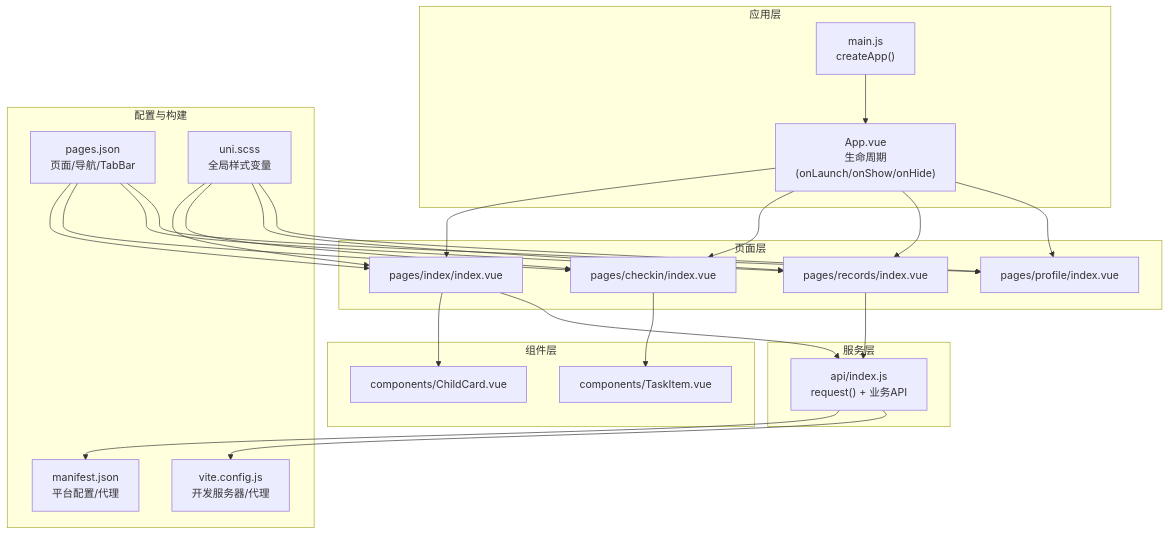
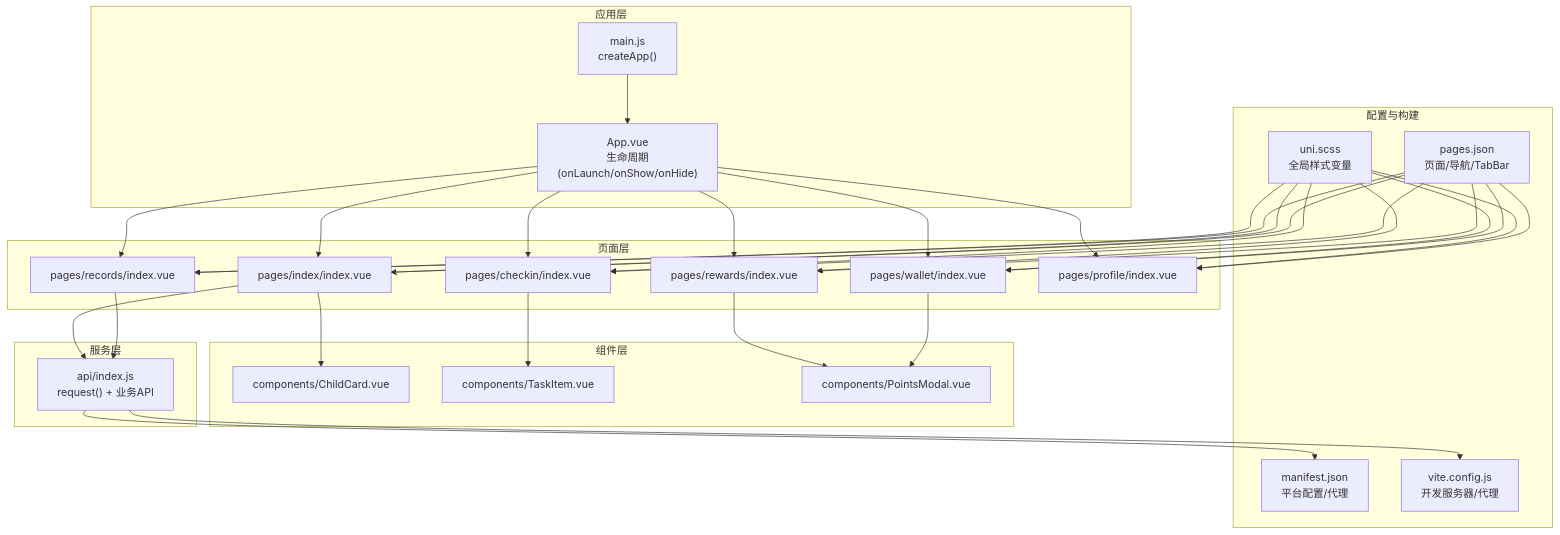
One commit to dawny123123/StarParadise changed the second of 7 diagrams in .qoder/repowiki/zh/content/前端应用架构/小程序端/小程序端.md. Above: the diagram before and after it, drawn with Mermaid. The commit also changed other lines of this file and 229 other files, not shown here.

````diff
--- a/.qoder/repowiki/zh/content/前端应用架构/小程序端/小程序端.md
+++ b/.qoder/repowiki/zh/content/前端应用架构/小程序端/小程序端.md
@@ -109,45 +127,56 @@
 ```mermaid
 graph TB
 subgraph "应用层"
 APP["App.vue<br/>生命周期(onLaunch/onShow/onHide)"]
 MAIN["main.js<br/>createApp()"]
 end
 subgraph "页面层"
 IDX["pages/index/index.vue"]
 CHK["pages/checkin/index.vue"]
 REC["pages/records/index.vue"]
+WALLET["pages/wallet/index.vue"]
+REWARDS["pages/rewards/index.vue"]
 PROF["pages/profile/index.vue"]
 end
 subgraph "组件层"
 CC["components/ChildCard.vue"]
 TI["components/TaskItem.vue"]
+PM["components/PointsModal.vue"]
 end
 subgraph "服务层"
 API["api/index.js<br/>request() + 业务API"]
 end
 subgraph "配置与构建"
 PAGES["pages.json<br/>页面/导航/TabBar"]
 MANI["manifest.json<br/>平台配置/代理"]
 VITE["vite.config.js<br/>开发服务器/代理"]
 SCSS["uni.scss<br/>全局样式变量"]
 end
 MAIN --> APP
 APP --> IDX
 APP --> CHK
 APP --> REC
+APP --> WALLET
+APP --> REWARDS
 APP --> PROF
 IDX --> CC
 CHK --> TI
+WALLET --> PM
+REWARDS --> PM
 REC --> API
 IDX --> API
 API --> MANI
 API --> VITE
 PAGES --> IDX
 PAGES --> CHK
 PAGES --> REC
+PAGES --> WALLET
+PAGES --> REWARDS
 PAGES --> PROF
 SCSS --> IDX
 SCSS --> CHK
 SCSS --> REC
+SCSS --> WALLET
+SCSS --> REWARDS
 SCSS --> PROF
 ```
````
